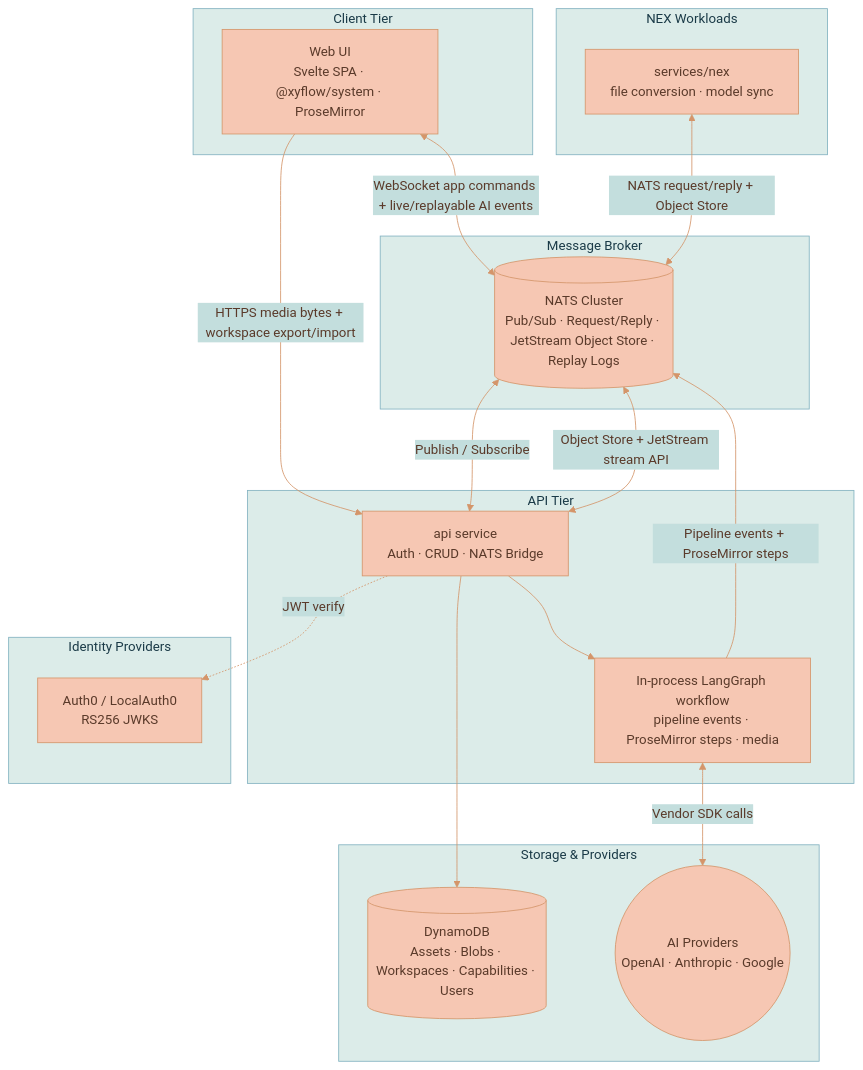
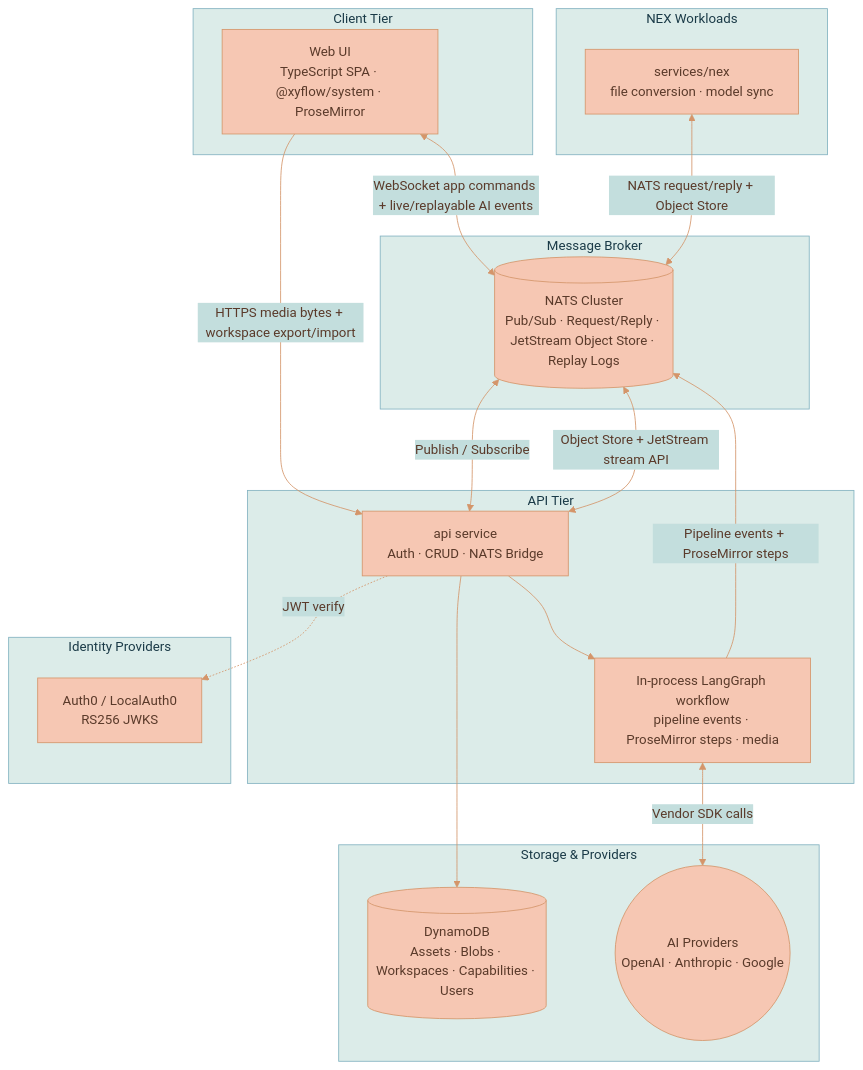
Before and after one commit to Lixpi/lixpi: the first of 2 diagrams in documentation/platform/SYSTEM-ARCHITECTURE.md, drawn with Mermaid. The commit also changed other lines of this file and 51 other files, not shown here.

First line of the commit message:
Remove Svelte from web-ui, back stores with Nano Stores (#358)

````diff
--- a/documentation/platform/SYSTEM-ARCHITECTURE.md
+++ b/documentation/platform/SYSTEM-ARCHITECTURE.md
@@ -41,40 +41,40 @@
 ```mermaid
 %%{init: {'theme': 'base', 'themeVariables': { 'primaryColor': '#F6C7B3', 'primaryTextColor': '#5a3a2a', 'primaryBorderColor': '#d4956a', 'secondaryColor': '#C3DEDD', 'secondaryTextColor': '#1a3a47', 'secondaryBorderColor': '#4a8a9d', 'tertiaryColor': '#DCECE9', 'tertiaryTextColor': '#1a3a47', 'tertiaryBorderColor': '#82B2C0', 'lineColor': '#d4956a', 'textColor': '#5a3a2a'}}}%%
 graph TB
     subgraph Client["Client Tier"]
-        UI["Web UI<br/>Svelte SPA · @xyflow/system · ProseMirror"]
+        UI["Web UI<br/>TypeScript SPA · @xyflow/system · ProseMirror"]
     end
 
     subgraph Broker["Message Broker"]
         NATS[("NATS Cluster<br/>Pub/Sub · Request/Reply · JetStream Object Store · Replay Logs")]
     end
 
     subgraph Backend["API Tier"]
         API["api service<br/>Auth · CRUD · NATS Bridge"]
         LLM["In-process LangGraph workflow<br/>pipeline events · ProseMirror steps · media"]
     end
 
     subgraph Workers["NEX Workloads"]
         NEX["services/nex<br/>file conversion · model sync"]
     end
 
     subgraph Identity["Identity Providers"]
         Auth["Auth0 / LocalAuth0<br/>RS256 JWKS"]
     end
 
     subgraph Storage["Storage & Providers"]
         DDB[("DynamoDB<br/>Assets · Blobs · Workspaces · Capabilities · Users")]
         Provider(("AI Providers<br/>OpenAI · Anthropic · Google"))
     end
 
     UI <-->|WebSocket app commands + live/replayable AI events| NATS
     UI -->|HTTPS media bytes + workspace export/import| API
     NATS <-->|Publish / Subscribe| API
     API --> LLM
     API --> DDB
     API <-->|Object Store + JetStream stream API| NATS
     NEX <-->|NATS request/reply + Object Store| NATS
     LLM -->|Pipeline events + ProseMirror steps| NATS
     LLM <-->|Vendor SDK calls| Provider
     API -.->|JWT verify| Auth
 ```
````
